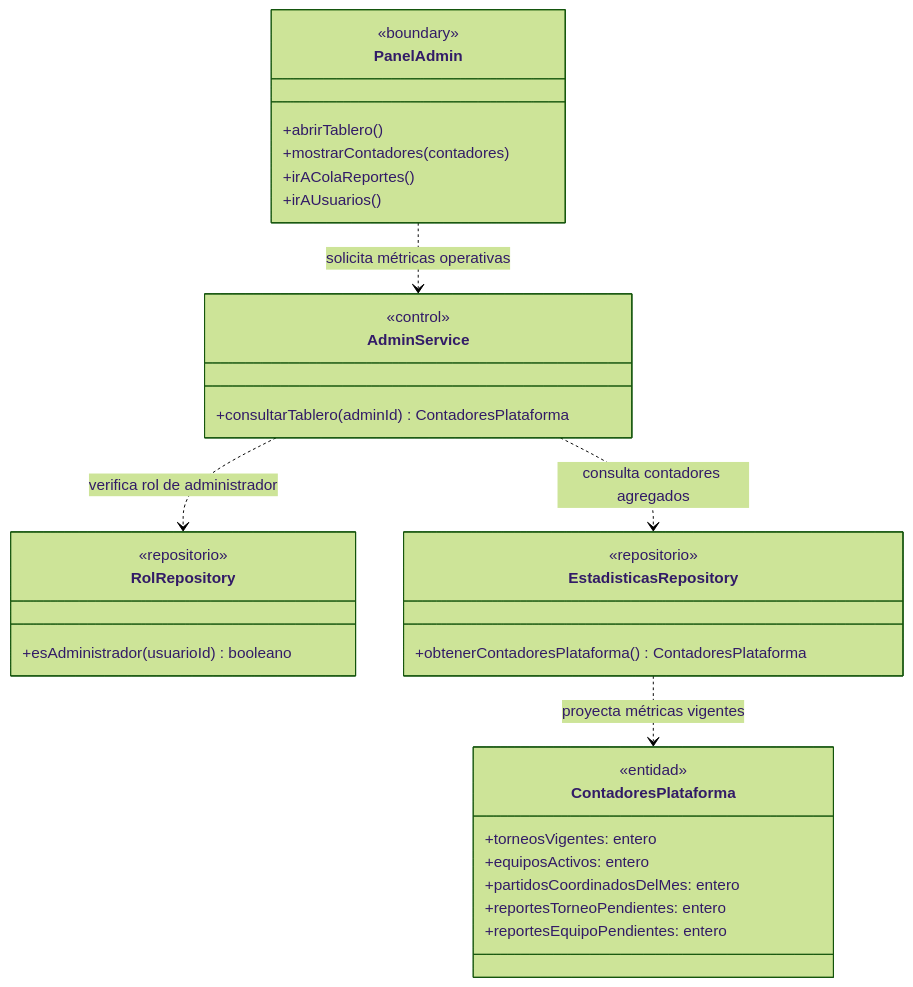
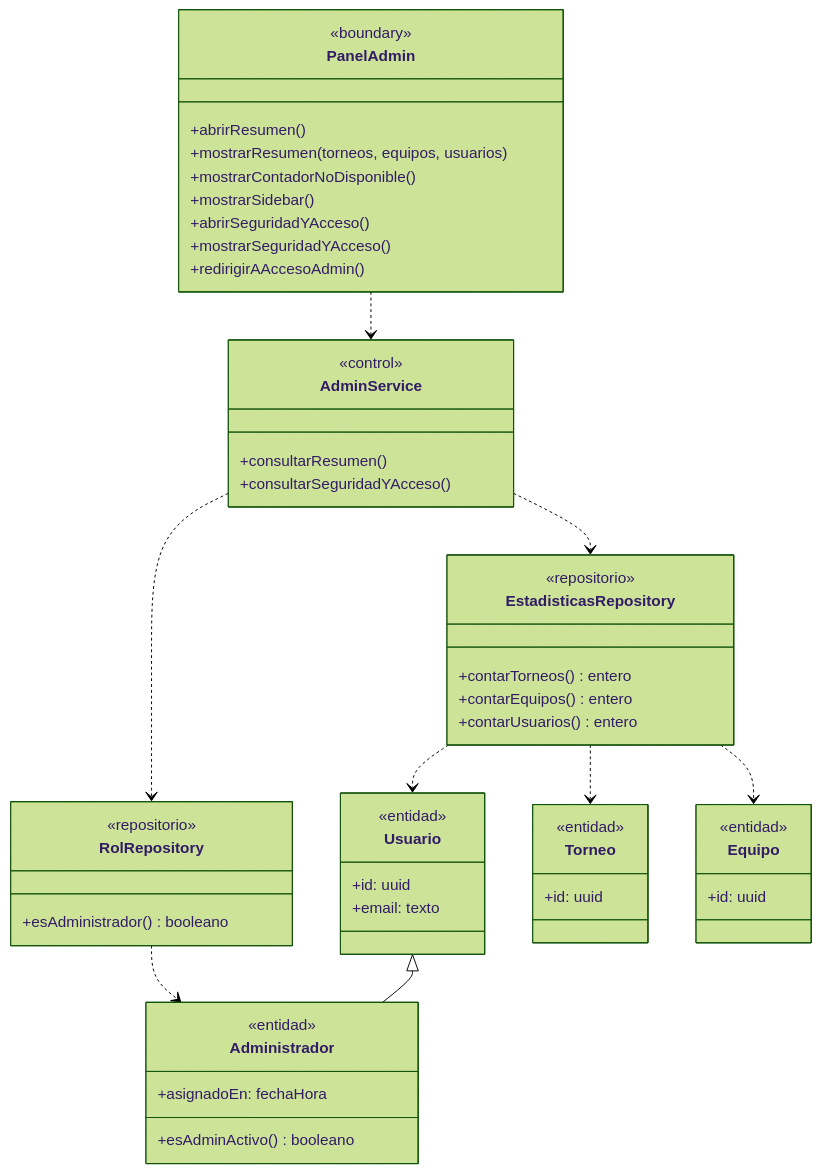
One commit to nicqletal/torneos-scraper changed the third of 7 diagrams in docs/diagramas-de-clase/administracion.md. Above: the diagram before and after it, drawn with Mermaid (forest theme). The commit also changed other lines of this file and 13 other files, not shown here.

````diff
--- a/docs/diagramas-de-clase/administracion.md
+++ b/docs/diagramas-de-clase/administracion.md
@@ -228,35 +210,54 @@
 ```mermaid
 classDiagram
-direction TB
 class PanelAdmin {
   <<boundary>>
-  +abrirTablero()
-  +mostrarContadores(contadores)
-  +irAColaReportes()
-  +irAUsuarios()
+  +abrirResumen()
+  +mostrarResumen(torneos, equipos, usuarios)
+  +mostrarContadorNoDisponible()
+  +mostrarSidebar()
+  +abrirSeguridadYAcceso()
+  +mostrarSeguridadYAcceso()
+  +redirigirAAccesoAdmin()
 }
 class AdminService {
   <<control>>
-  +consultarTablero(adminId) ContadoresPlataforma
+  +consultarResumen()
+  +consultarSeguridadYAcceso()
 }
 class RolRepository {
   <<repositorio>>
-  +esAdministrador(usuarioId) booleano
+  +esAdministrador() booleano
 }
 class EstadisticasRepository {
   <<repositorio>>
-  +obtenerContadoresPlataforma() ContadoresPlataforma
+  +contarTorneos() entero
+  +contarEquipos() entero
+  +contarUsuarios() entero
 }
-class ContadoresPlataforma {
+class Usuario {
   <<entidad>>
-  +torneosVigentes: entero
-  +equiposActivos: entero
-  +partidosCoordinadosDelMes: entero
-  +reportesTorneoPendientes: entero
-  +reportesEquipoPendientes: entero
+  +id: uuid
+  +email: texto
 }
-PanelAdmin ..> AdminService : solicita métricas operativas
-AdminService ..> RolRepository : verifica rol de administrador
-AdminService ..> EstadisticasRepository : consulta contadores agregados
-EstadisticasRepository ..> ContadoresPlataforma : proyecta métricas vigentes
+class Administrador {
+  <<entidad>>
+  +asignadoEn: fechaHora
+  +esAdminActivo() booleano
+}
+class Torneo {
+  <<entidad>>
+  +id: uuid
+}
+class Equipo {
+  <<entidad>>
+  +id: uuid
+}
+PanelAdmin ..> AdminService
+AdminService ..> RolRepository
+AdminService ..> EstadisticasRepository
+RolRepository ..> Administrador
+EstadisticasRepository ..> Torneo
+EstadisticasRepository ..> Equipo
+EstadisticasRepository ..> Usuario
+Usuario <|-- Administrador
 ```
````
